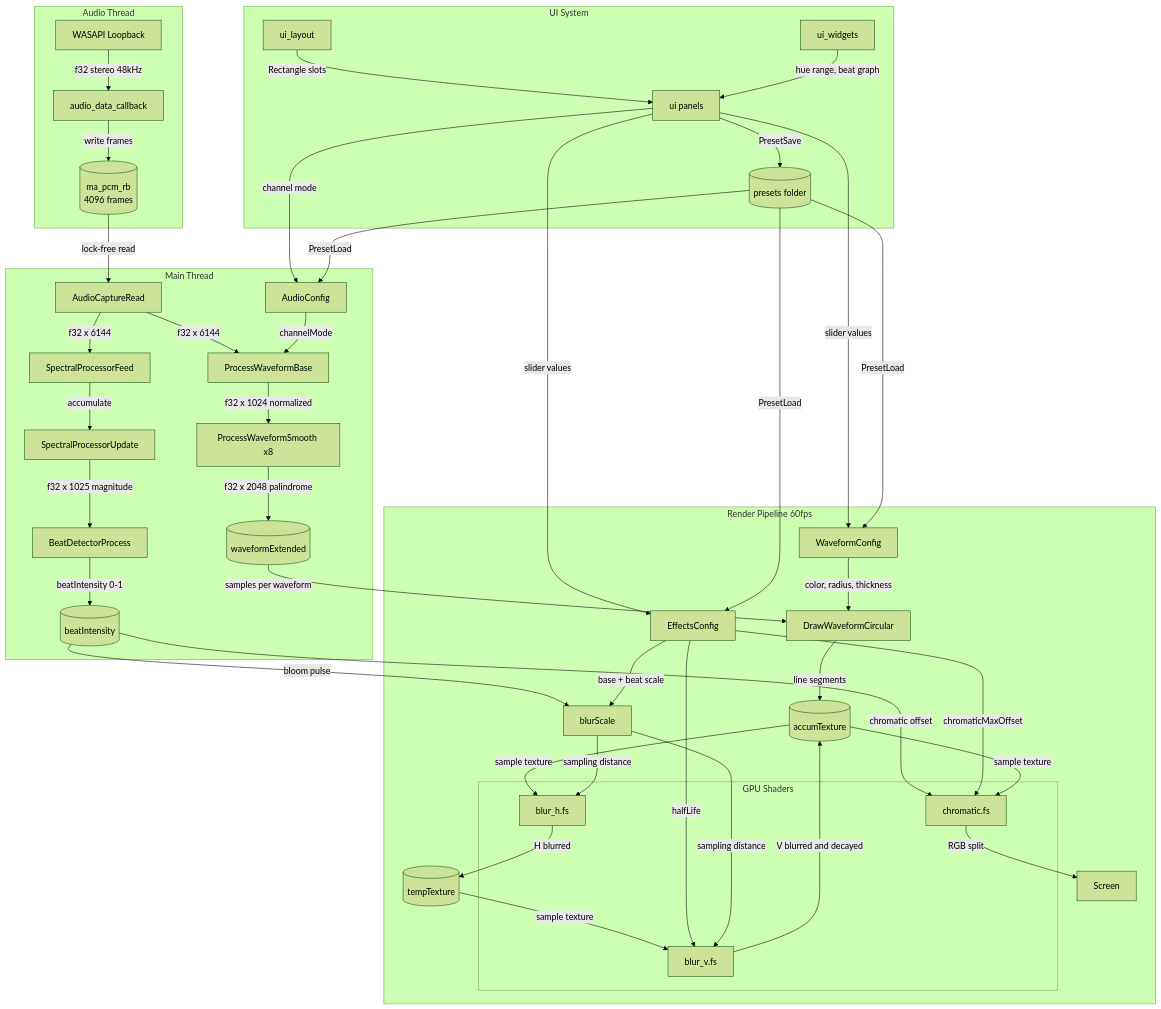
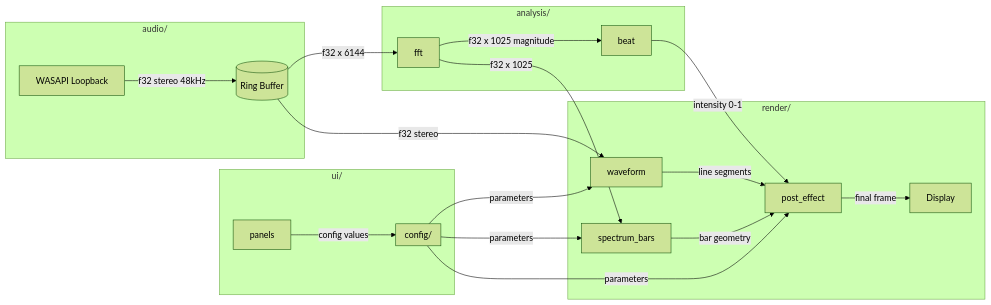
The diagram in docs/architecture.md (EvanLavender13/audio-jones), drawn with Mermaid (forest theme) before and after one commit. The commit also changed other lines of this file and 9 other files, not shown here.

First line of the commit message:
Regenerate architecture docs (Phase 6)

````diff
--- a/docs/architecture.md
+++ b/docs/architecture.md
@@ -11,57 +11,30 @@
 ```mermaid
-flowchart TD
-    subgraph AudioThread[Audio Thread]
-        WASAPI[WASAPI Loopback] -->|f32 stereo 48kHz| CB[audio_data_callback]
-        CB -->|write frames| RB[(ma_pcm_rb<br/>4096 frames)]
+flowchart LR
+    subgraph Audio[audio/]
+        WASAPI[WASAPI Loopback] -->|f32 stereo 48kHz| RB[(Ring Buffer)]
     end
 
-    subgraph MainLoop[Main Thread]
-        RB -->|lock-free read| READ[AudioCaptureRead]
-        READ -->|f32 x 6144| BASE[ProcessWaveformBase]
-        READ -->|f32 x 6144| SP[SpectralProcessorFeed]
-        SP -->|accumulate| FFT[SpectralProcessorUpdate]
-        FFT -->|f32 x 1025 magnitude| BD[BeatDetectorProcess]
-        ACFG[AudioConfig] -->|channelMode| BASE
-        BASE -->|f32 x 1024 normalized| SMOOTH[ProcessWaveformSmooth x8]
-        SMOOTH -->|f32 x 2048 palindrome| EXT[(waveformExtended)]
-        BD -->|beatIntensity 0-1| BI[(beatIntensity)]
+    subgraph Analysis[analysis/]
+        RB -->|f32 x 6144| FFT[fft]
+        FFT -->|f32 x 1025 magnitude| Beat[beat]
     end
 
-    subgraph RenderPipe[Render Pipeline 60fps]
-        EXT -->|samples per waveform| DRAW[DrawWaveformCircular]
-        CFG[WaveformConfig] -->|color, radius, thickness| DRAW
-        DRAW -->|line segments| ACC[(accumTexture)]
-        BI -->|bloom pulse| BS[blurScale]
-        EFX[EffectsConfig] -->|base + beat scale| BS
-
-        subgraph Shaders[GPU Shaders]
-            BH[blur_h.fs]
-            BV[blur_v.fs]
-            CHR[chromatic.fs]
-        end
-
-        ACC -->|sample texture| BH
-        BS -->|sampling distance| BH
-        BH -->|H blurred| TMP[(tempTexture)]
-        TMP -->|sample texture| BV
-        EFX -->|halfLife| BV
-        BS -->|sampling distance| BV
-        BV -->|V blurred and decayed| ACC
-        BI -->|chromatic offset| CHR
-        EFX -->|chromaticMaxOffset| CHR
-        ACC -->|sample texture| CHR
-        CHR -->|RGB split| SCR[Screen]
+    subgraph Render[render/]
+        RB -->|f32 stereo| WF[waveform]
+        Beat -->|intensity 0-1| PE[post_effect]
+        FFT -->|f32 x 1025| SB[spectrum_bars]
+        WF -->|line segments| PE
+        SB -->|bar geometry| PE
+        PE -->|final frame| Screen[Display]
     end
 
-    subgraph UILayer[UI System]
-        LAYOUT[ui_layout] -->|Rectangle slots| PNL[ui panels]
-        WIDGETS[ui_widgets] -->|hue range, beat graph| PNL
-        PNL -->|slider values| CFG
-        PNL -->|slider values| EFX
-        PNL -->|channel mode| ACFG
-        PNL -->|PresetSave| DISK[(presets folder)]
-        DISK -->|PresetLoad| CFG
-        DISK -->|PresetLoad| EFX
-        DISK -->|PresetLoad| ACFG
+    subgraph UI[ui/]
+        Panels[panels] -->|config values| Config
+    end
+
+    subgraph Config[config/]
+        Config -->|parameters| WF
+        Config -->|parameters| PE
+        Config -->|parameters| SB
     end
 ```
````
